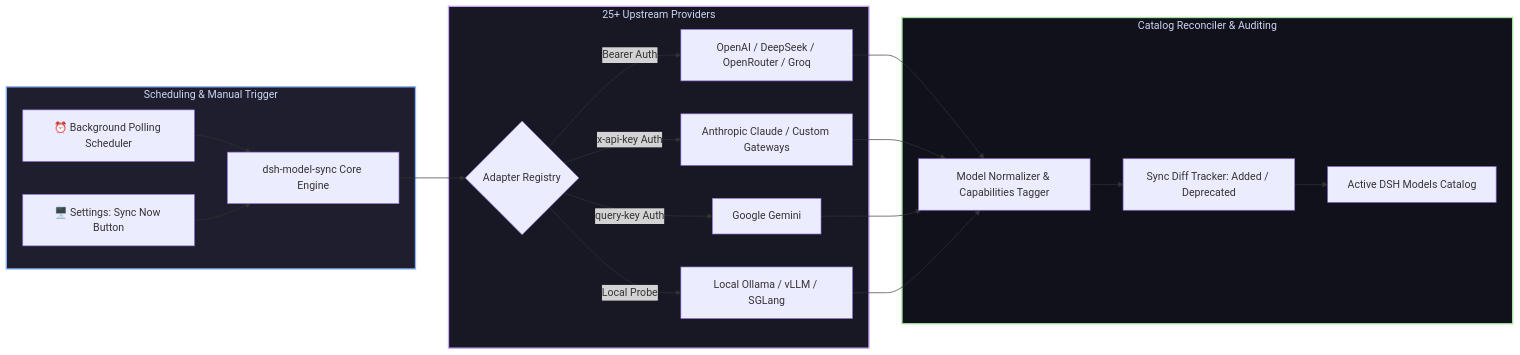
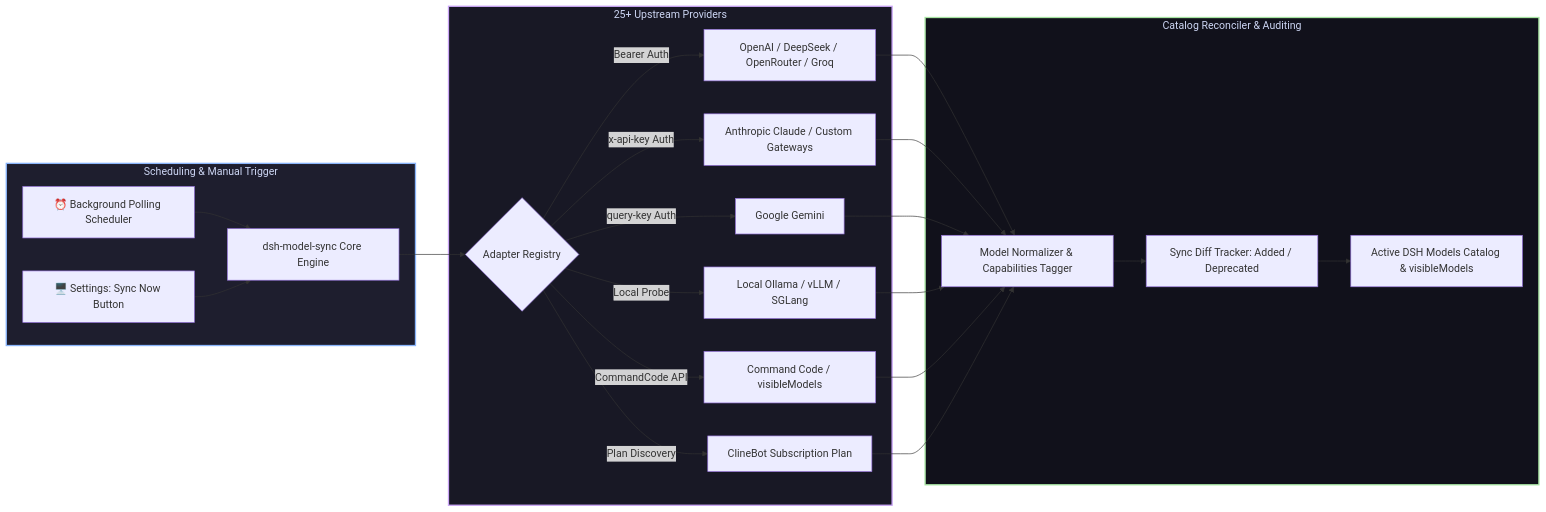
The diagram in README.md (GooDAnDReaDY/dsh-model-sync), drawn with Mermaid before and after one commit. The commit also changed other lines of this file and 9 other files, not shown here.

````diff
--- a/README.md
+++ b/README.md
@@ -44,28 +44,32 @@
 ```mermaid
 graph LR
     subgraph Trigger [Scheduling & Manual Trigger]
         Cron[⏰ Background Polling Scheduler] --> Engine[dsh-model-sync Core Engine]
         WebUI[🖥️ Settings: Sync Now Button] --> Engine
     end
 
     subgraph Providers [25+ Upstream Providers]
         Engine --> Registry{Adapter Registry}
         Registry -->|Bearer Auth| P1[OpenAI / DeepSeek / OpenRouter / Groq]
         Registry -->|x-api-key Auth| P2[Anthropic Claude / Custom Gateways]
         Registry -->|query-key Auth| P3[Google Gemini]
         Registry -->|Local Probe| P4[Local Ollama / vLLM / SGLang]
+        Registry -->|CommandCode API| P5[Command Code / visibleModels]
+        Registry -->|Plan Discovery| P6[ClineBot Subscription Plan]
     end
 
     subgraph Reconcile [Catalog Reconciler & Auditing]
         P1 --> Normalizer[Model Normalizer & Capabilities Tagger]
         P2 --> Normalizer
         P3 --> Normalizer
         P4 --> Normalizer
+        P5 --> Normalizer
+        P6 --> Normalizer
         Normalizer --> Diff[Sync Diff Tracker: Added / Deprecated]
-        Diff --> Catalog[Active DSH Models Catalog]
+        Diff --> Catalog[Active DSH Models Catalog & visibleModels]
     end
 
     style Trigger fill:#1e1e2e,stroke:#89b4fa,stroke-width:2px,color:#cdd6f4
     style Providers fill:#181825,stroke:#cba6f7,stroke-width:2px,color:#cdd6f4
     style Reconcile fill:#11111b,stroke:#a6e3a1,stroke-width:2px,color:#cdd6f4
 ```
````
